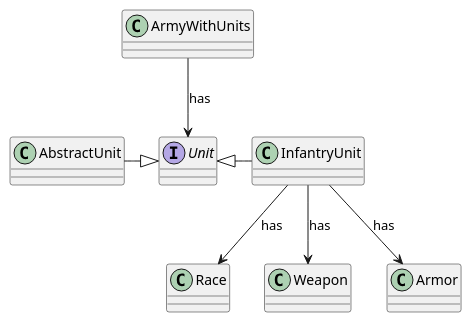
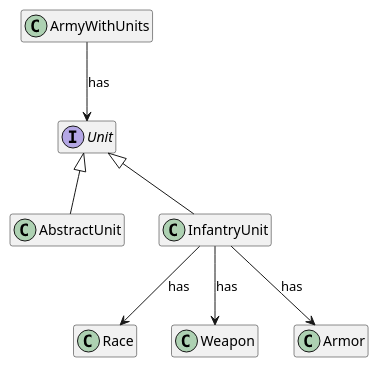
The diagram in FantasyWorldSimulation/docs/design/war/class-diagrams/unit.puml (Orchaldir/FantasyWorldSimulation), drawn with PlantUML before and after one commit. The commit also changed 2 other files, not shown here.

Commit message:
#40: Improved class diagrams.

```diff
--- a/FantasyWorldSimulation/docs/design/war/class-diagrams/unit.puml
+++ b/FantasyWorldSimulation/docs/design/war/class-diagrams/unit.puml
@@ -1,12 +1,14 @@
 @startuml
+hide members
+
 interface Unit
 
 ArmyWithUnits --> Unit : has
 
-Unit <|-left- AbstractUnit
-Unit <|-right- InfantryUnit
+Unit <|-down- AbstractUnit
+Unit <|-down- InfantryUnit
 
 InfantryUnit --> Race : has
 InfantryUnit --> Weapon : has
 InfantryUnit --> Armor : has
 @enduml
```
